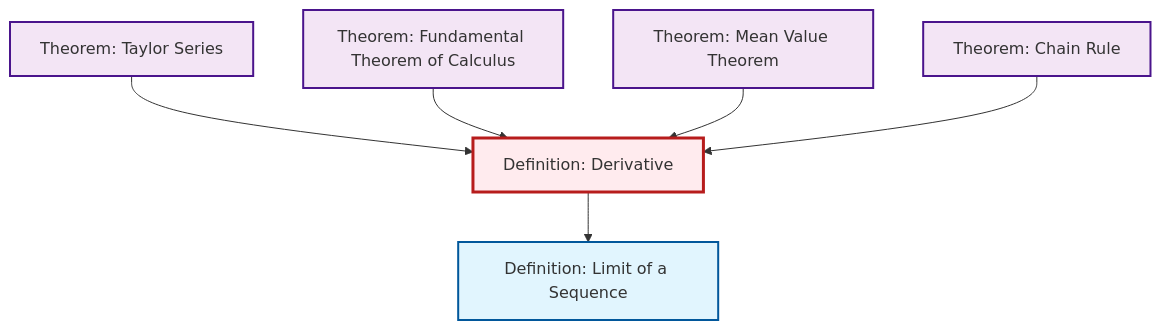
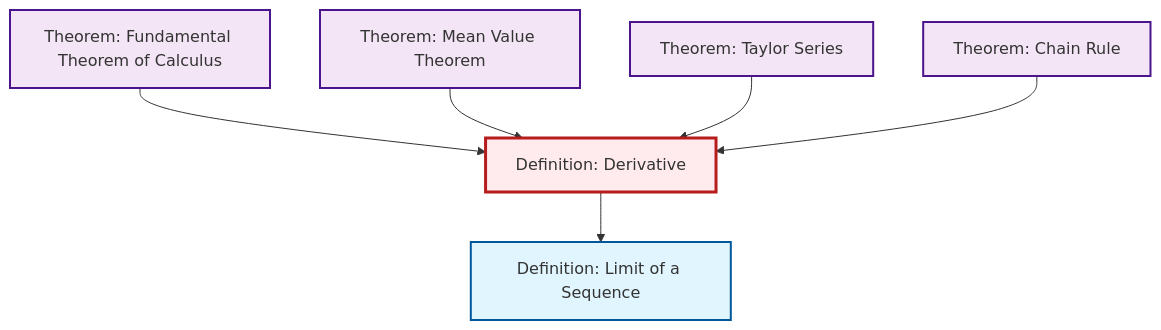
The second of 2 diagrams in content/en/analysis/def-derivative.qmd (RK0429/ModernMath), drawn with Mermaid before and after one commit. The commit also changed other lines of this file and 1012 other files, not shown here.

````diff
--- a/content/en/analysis/def-derivative.qmd
+++ b/content/en/analysis/def-derivative.qmd
@@ -88,26 +88,26 @@
 ```{mermaid}
 %%| fig-cap: "Local dependency graph"
 graph TD
     classDef definition fill:#e1f5fe,stroke:#01579b,stroke-width:2px
     classDef theorem fill:#f3e5f5,stroke:#4a148c,stroke-width:2px
     classDef axiom fill:#fff3e0,stroke:#e65100,stroke-width:2px
     classDef example fill:#e8f5e9,stroke:#1b5e20,stroke-width:2px
     classDef current fill:#ffebee,stroke:#b71c1c,stroke-width:3px
-    thm-chain-rule["Theorem: Chain Rule"]:::theorem
     def-limit["Definition: Limit of a Sequence"]:::definition
     thm-fundamental-calculus["Theorem: Fundamental Theorem of Calculus"]:::theorem
     thm-mean-value["Theorem: Mean Value Theorem"]:::theorem
+    def-derivative["Definition: Derivative"]:::definition
+    thm-chain-rule["Theorem: Chain Rule"]:::theorem
     thm-taylor-series["Theorem: Taylor Series"]:::theorem
-    def-derivative["Definition: Derivative"]:::definition
-    thm-taylor-series --> def-derivative
+    def-derivative --> def-limit
     thm-fundamental-calculus --> def-derivative
     thm-mean-value --> def-derivative
-    def-derivative --> def-limit
+    thm-taylor-series --> def-derivative
     thm-chain-rule --> def-derivative
     class def-derivative current
-    click thm-chain-rule "thm-chain-rule.html" "Go to Chain Rule theorem"
     click def-limit "def-limit.html" "Go to Limit of a Sequence definition"
     click thm-fundamental-calculus "thm-fundamental-calculus.html" "Go to Fundamental Theorem of Calculus theorem"
     click thm-mean-value "thm-mean-value.html" "Go to Mean Value Theorem theorem"
+    click thm-chain-rule "thm-chain-rule.html" "Go to Chain Rule theorem"
     click thm-taylor-series "thm-taylor-series.html" "Go to Taylor Series theorem"
 ```
````
